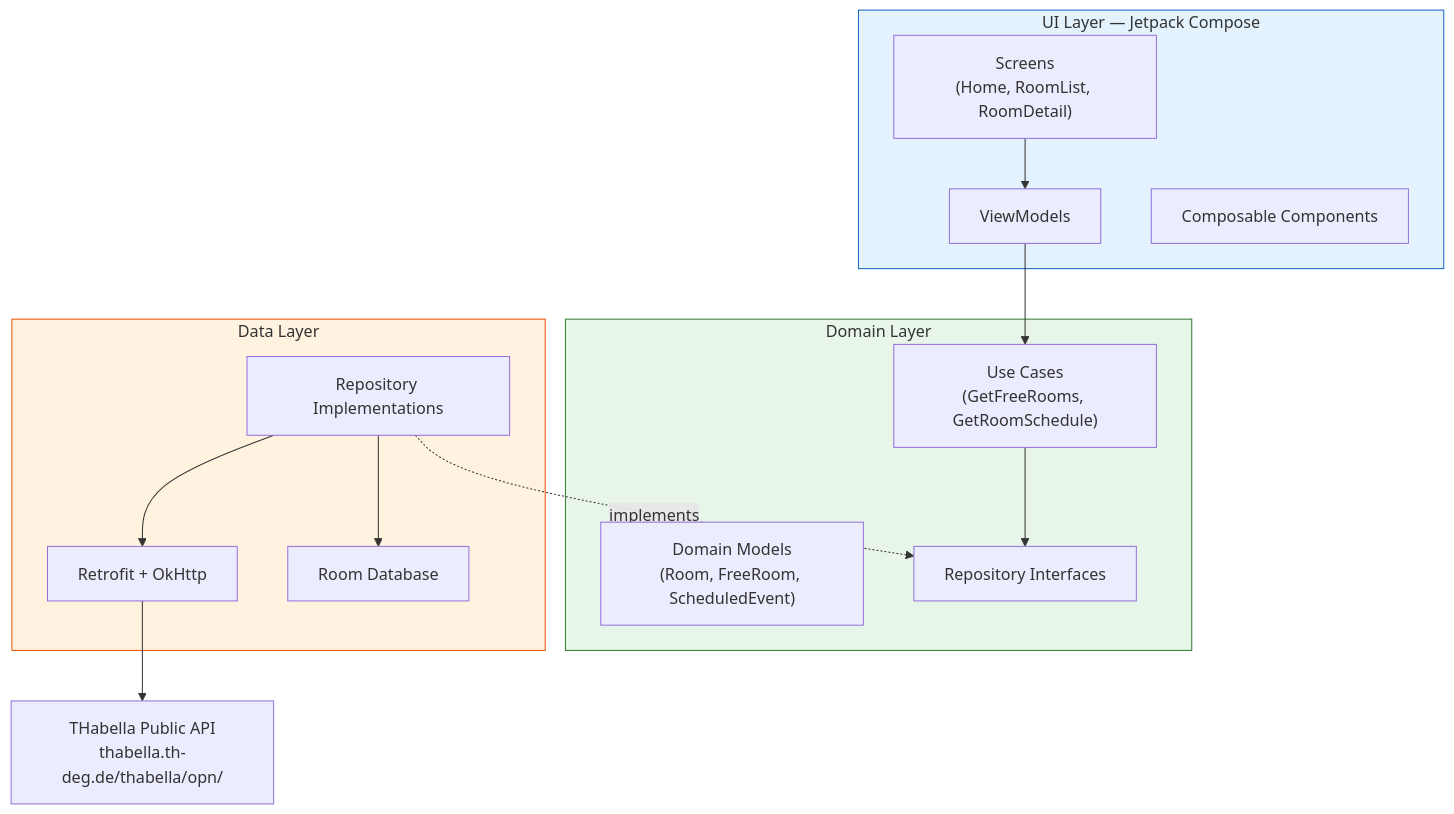
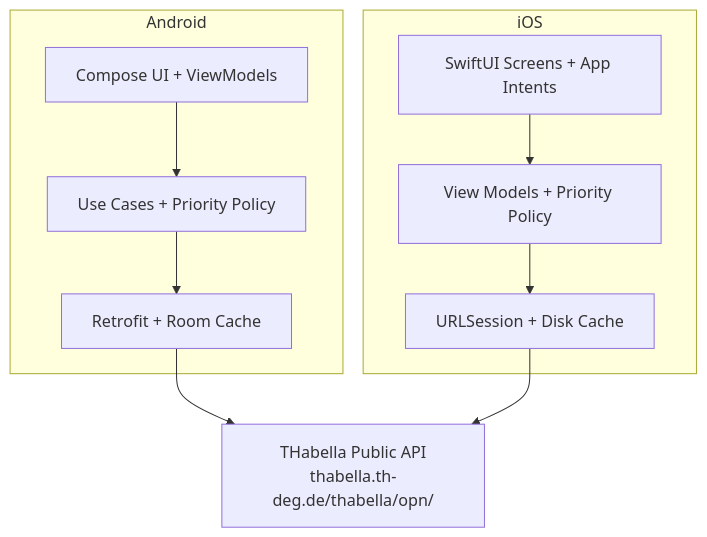
Before and after one commit to arudaev/THD-Room-Finder: the diagram in README.md, drawn with Mermaid. The commit also changed other lines of this file and 26 other files, not shown here.

````diff
--- a/README.md
+++ b/README.md
@@ -65,34 +77,24 @@
 ```mermaid
 graph TB
-    subgraph UI["UI Layer — Jetpack Compose"]
-        Screens["Screens<br>(Home, RoomList, RoomDetail)"]
-        VMs["ViewModels"]
-        Components["Composable Components"]
+    subgraph Android["Android"]
+        AndroidUI["Compose UI + ViewModels"]
+        AndroidDomain["Use Cases + Priority Policy"]
+        AndroidData["Retrofit + Room Cache"]
     end
 
-    subgraph Domain["Domain Layer"]
-        UseCases["Use Cases<br>(GetFreeRooms, GetRoomSchedule)"]
-        Models["Domain Models<br>(Room, FreeRoom, ScheduledEvent)"]
-        RepoIF["Repository Interfaces"]
+    subgraph iOS["iOS"]
+        IOSUI["SwiftUI Screens + App Intents"]
+        IOSDomain["View Models + Priority Policy"]
+        IOSData["URLSession + Disk Cache"]
     end
 
-    subgraph Data["Data Layer"]
-        RepoImpl["Repository Implementations"]
-        Remote["Retrofit + OkHttp"]
-        Local["Room Database"]
-    end
+    API["THabella Public API<br/>thabella.th-deg.de/thabella/opn/"]
 
-    API["THabella Public API<br>thabella.th-deg.de/thabella/opn/"]
+    AndroidUI --> AndroidDomain
+    AndroidDomain --> AndroidData
+    AndroidData --> API
 
-    Screens --> VMs
-    VMs --> UseCases
-    UseCases --> RepoIF
-    RepoImpl -.implements.-> RepoIF
-    RepoImpl --> Remote
-    RepoImpl --> Local
-    Remote --> API
-
-    style UI fill:#e3f2fd,stroke:#1565C0
-    style Domain fill:#e8f5e9,stroke:#2e7d32
-    style Data fill:#fff3e0,stroke:#e65100
+    IOSUI --> IOSDomain
+    IOSDomain --> IOSData
+    IOSData --> API
 ```
````
